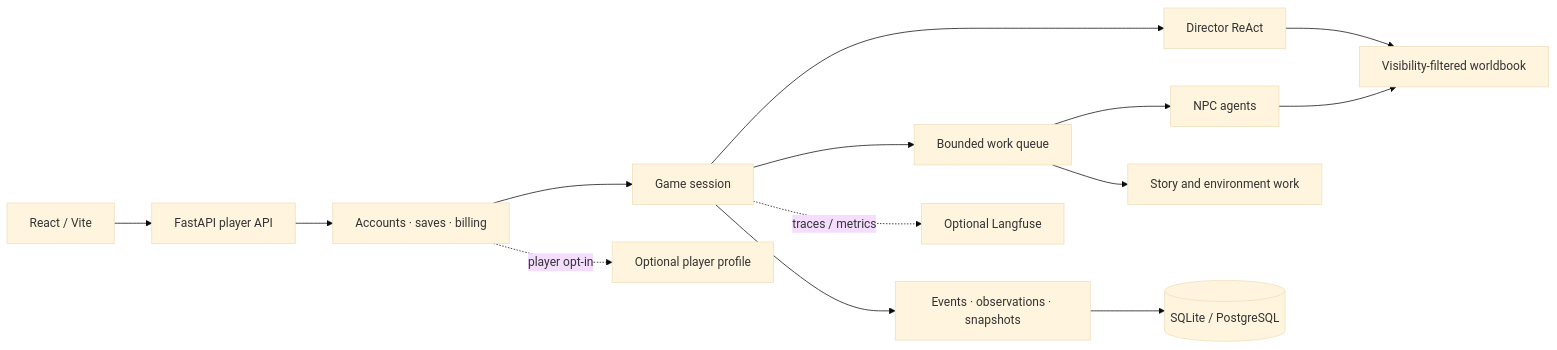
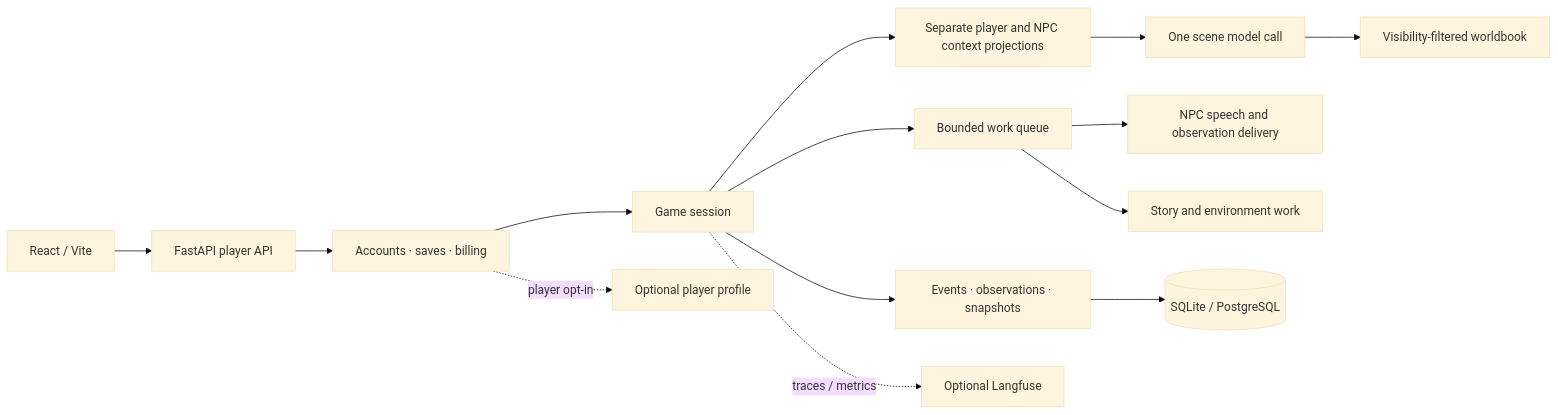
Before and after one commit to lumman0/storyloop: the diagram in README.en.md, drawn with Mermaid (base theme). The commit also changed other lines of this file and 19 other files, not shown here.

Commit message:
Make single-call scene engine the default

````diff
--- a/README.en.md
+++ b/README.en.md
@@ -28,16 +28,16 @@
 ```mermaid
 flowchart LR
     UI[React / Vite] --> API[FastAPI player API]
     API --> Portal[Accounts · saves · billing]
     Portal --> Runtime[Game session]
-    Runtime --> Main[Director ReAct]
+    Runtime --> Context[Separate player and NPC context projections]
+    Context --> Main[One scene model call]
     Runtime --> Queue[Bounded work queue]
-    Queue --> NPC[NPC agents]
+    Queue --> NPC[NPC speech and observation delivery]
     Queue --> Cues[Story and environment work]
     Main --> Book[Visibility-filtered worldbook]
-    NPC --> Book
     Runtime --> Store[Events · observations · snapshots]
     Store --> SQL[(SQLite / PostgreSQL)]
     Portal -. player opt-in .-> Mem0[Optional player profile]
     Runtime -. traces / metrics .-> Langfuse[Optional Langfuse]
 ```
````
